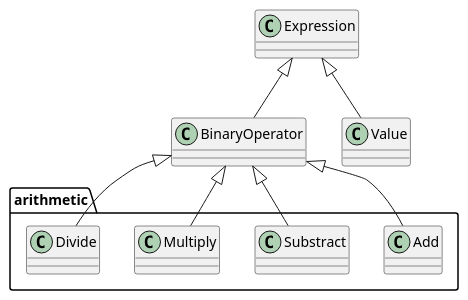
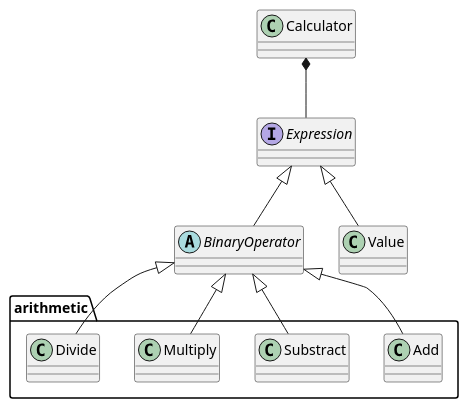
Before and after one commit to ue-sho/Calculator: the diagram in doc/class_diagram.pu, drawn with PlantUML. The commit also changed 5 other files, not shown here.

```diff
--- a/doc/class_diagram.pu
+++ b/doc/class_diagram.pu
@@ -1,10 +1,14 @@
 @startuml class
+interface Expression
+abstract BinaryOperator
+
+Calculator *-- Expression
 Expression <|-- BinaryOperator
 Expression <|-- Value
 package arithmetic {
     BinaryOperator <|-- Add
     BinaryOperator <|-- Substract
     BinaryOperator <|-- Multiply
     BinaryOperator <|-- Divide
 }
 @enduml
```
